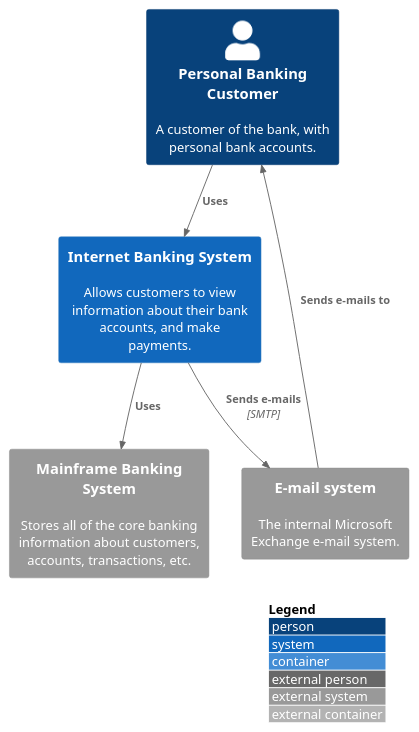
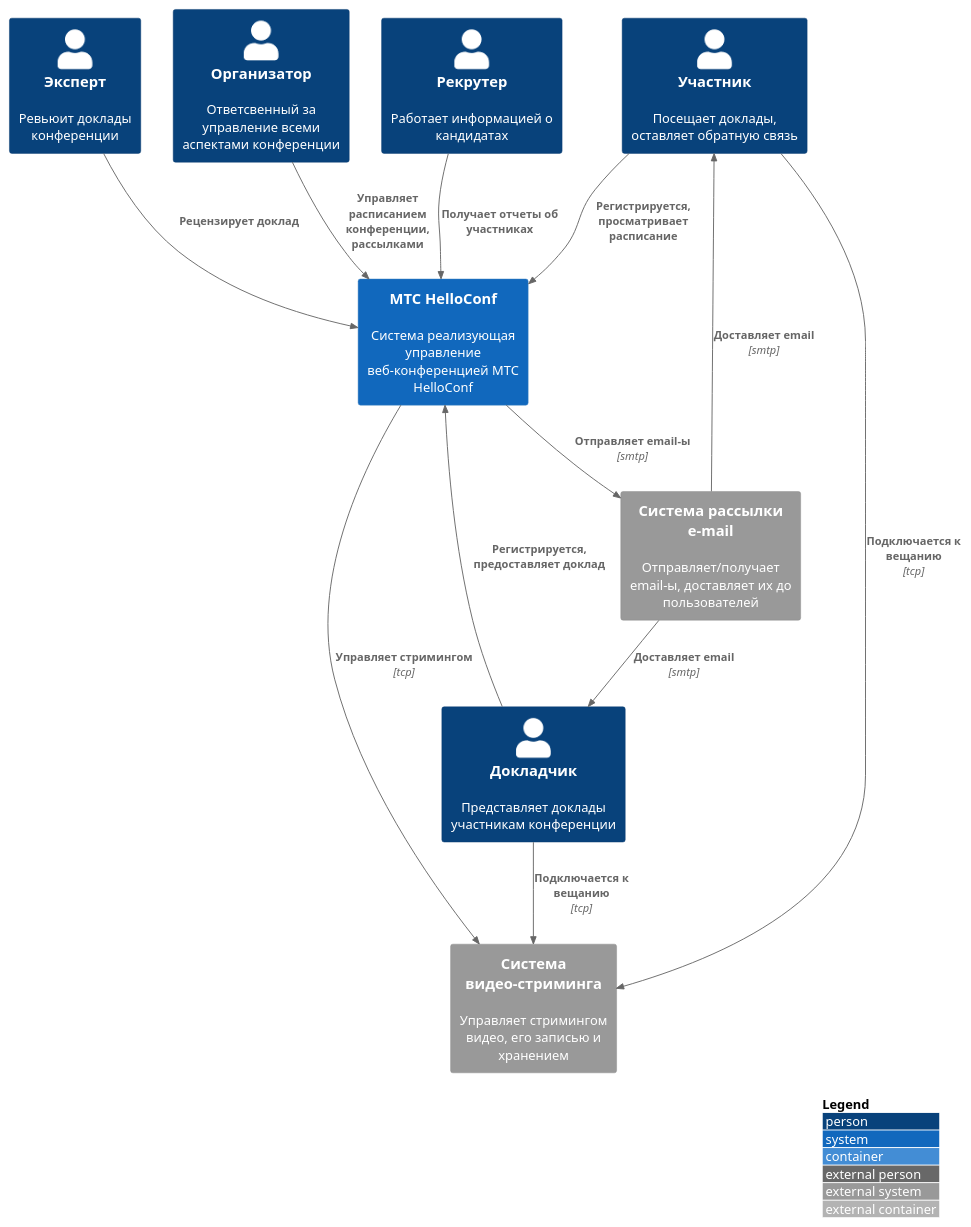
Before and after one commit to karpoftea/mts-arch-school: the diagram in docs/context/context.md, drawn with PlantUML.

Commit message:
Add context diagramm

````diff
--- a/docs/context/context.md
+++ b/docs/context/context.md
@@ -5,17 +5,31 @@
 ```plantuml
 @startuml
 !include https://raw.githubusercontent.com/plantuml-stdlib/C4-PlantUML/master/C4_Container.puml
 
 LAYOUT_WITH_LEGEND()
 
-Person(pbc, "Personal Banking Customer", "A customer of the bank, with personal bank accounts.")
-System(ibs, "Internet Banking System", "Allows customers to view information about their bank accounts, and make payments.")
-System_Ext(es, "E-mail system", "The internal Microsoft Exchange e-mail system.")
-System_Ext(mbs, "Mainframe Banking System", "Stores all of the core banking information about customers, accounts, transactions, etc.")
+Person(participant, "Участник", "Посещает доклады, оставляет обратную связь")
+Person(reporter, "Докладчик", "Представляет доклады участникам конференции")
+Person(export, "Эксперт", "Ревьюит доклады конференции")
+Person(organizer, "Организатор", "Ответсвенный за управление всеми аспектами конференции")
+Person(recruter, "Рекрутер", "Работает информацией о кандидатах")
 
-Rel(pbc, ibs, "Uses")
-Rel(es, pbc, "Sends e-mails to")
-Rel(ibs, es, "Sends e-mails", "SMTP")
-Rel(ibs, mbs, "Uses")
+System(confsys, "МТС HelloConf", "Система реализующая управление веб-конференцией МТС HelloConf")
+
+System_Ext(emailsys, "Система рассылки e-mail", "Отправляет/получает email-ы, доставляет их до пользователей")
+System_Ext(vspsys, "Система видео-стриминга", "Управляет стримингом видео, его записью и хранением")
+
+Rel(participant, confsys, "Регистрируется, просматривает расписание")
+Rel(reporter, confsys,  "Регистрируется, предоставляет доклад")
+Rel(export, confsys,  "Рецензирует доклад")
+Rel(organizer, confsys,  "Управляет расписанием конференции, рассылками")
+Rel(recruter, confsys,  "Получает отчеты об участниках")
+
+Rel(confsys, emailsys, "Отправляет email-ы", "smtp")
+Rel(confsys, vspsys, "Управляет стримингом", "tcp")
+Rel(participant, vspsys, "Подключается к вещанию", "tcp")
+Rel(reporter, vspsys, "Подключается к вещанию", "tcp")
+Rel(emailsys, participant, "Доставляет email", "smtp")
+Rel(emailsys, reporter, "Доставляет email", "smtp")
 @enduml
 ```
````
